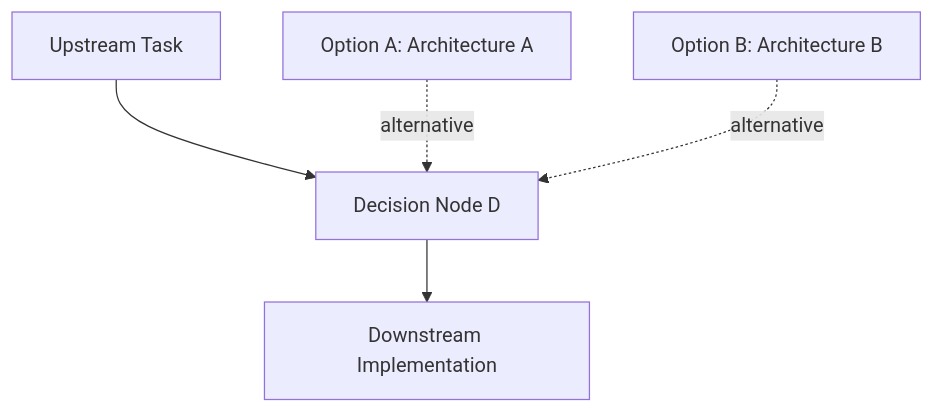
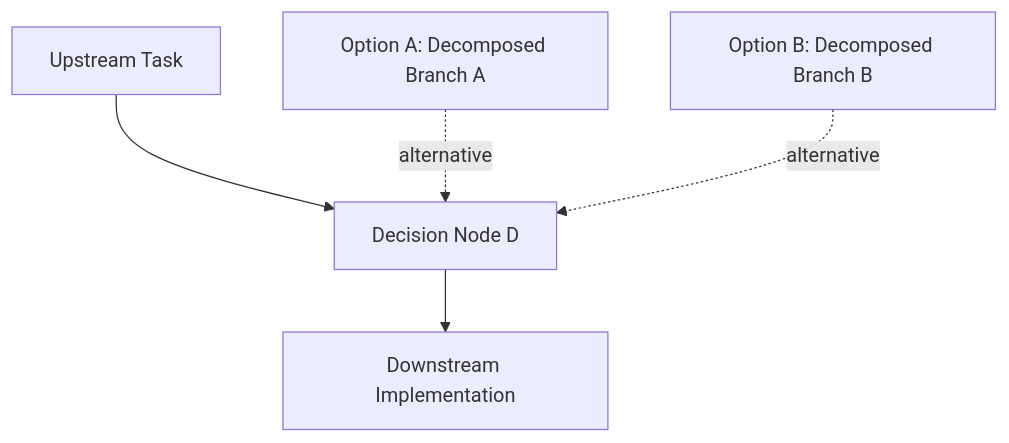
Before and after one commit to nicsuzor/academicOps: the diagram in specs/meta/naming-and-decisions.md, drawn with Mermaid. The commit also changed other lines of this file and 6 other files, not shown here.

First line of the commit message:
fix(instructions): separate forks into alternative option nodes only when decomposed further

````diff
--- a/specs/meta/naming-and-decisions.md
+++ b/specs/meta/naming-and-decisions.md
@@ -56,7 +56,7 @@
 ```mermaid
 flowchart TD
     Upstream["Upstream Task"] --> Decision["Decision Node D"]
-    OptionA["Option A: Architecture A"] -.->|alternative| Decision
-    OptionB["Option B: Architecture B"] -.->|alternative| Decision
+    OptionA["Option A: Decomposed Branch A"] -.->|alternative| Decision
+    OptionB["Option B: Decomposed Branch B"] -.->|alternative| Decision
     Decision --> Downstream["Downstream Implementation"]
 ```
````
